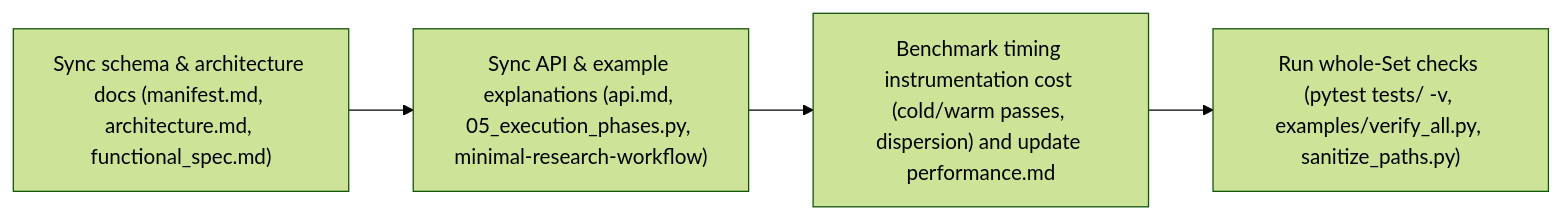
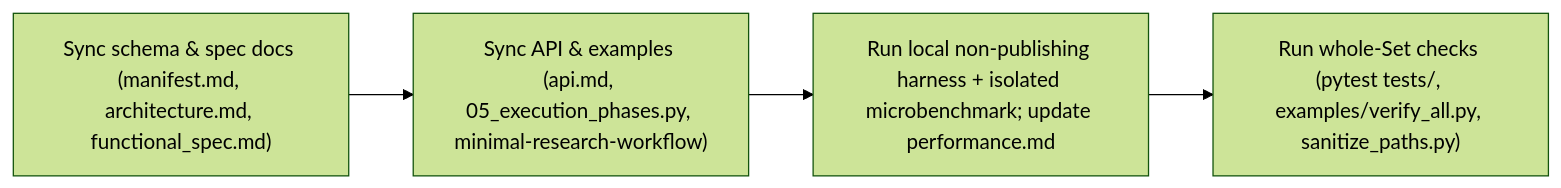
The first of 2 diagrams in .aw/records/plans/pending/20261121-timing-acc-04-3tvesf-timing-docs-examples-benchmark-and-whole-set-verification.ipd.md (fariello/pubrun), drawn with Mermaid (forest theme) before and after one commit. The commit also changed other lines of this file and 1 other file, not shown here.

````diff
--- a/.aw/records/plans/pending/20261121-timing-acc-04-3tvesf-timing-docs-examples-benchmark-and-whole-set-verification.ipd.md
+++ b/.aw/records/plans/pending/20261121-timing-acc-04-3tvesf-timing-docs-examples-benchmark-and-whole-set-verification.ipd.md
@@ -36,6 +39,6 @@
 ```mermaid
 flowchart LR
-    A["Sync schema & architecture docs (manifest.md, architecture.md, functional_spec.md)"] --> B["Sync API & example explanations (api.md, 05_execution_phases.py, minimal-research-workflow)"]
-    B --> C["Benchmark timing instrumentation cost (cold/warm passes, dispersion) and update performance.md"]
-    C --> D["Run whole-Set checks (pytest tests/ -v, examples/verify_all.py, sanitize_paths.py)"]
+    A["Sync schema & spec docs (manifest.md, architecture.md, functional_spec.md)"] --> B["Sync API & examples (api.md, 05_execution_phases.py, minimal-research-workflow)"]
+    B --> C["Run local non-publishing harness + isolated microbenchmark; update performance.md"]
+    C --> D["Run whole-Set checks (pytest tests/, examples/verify_all.py, sanitize_paths.py)"]
 ```
````
